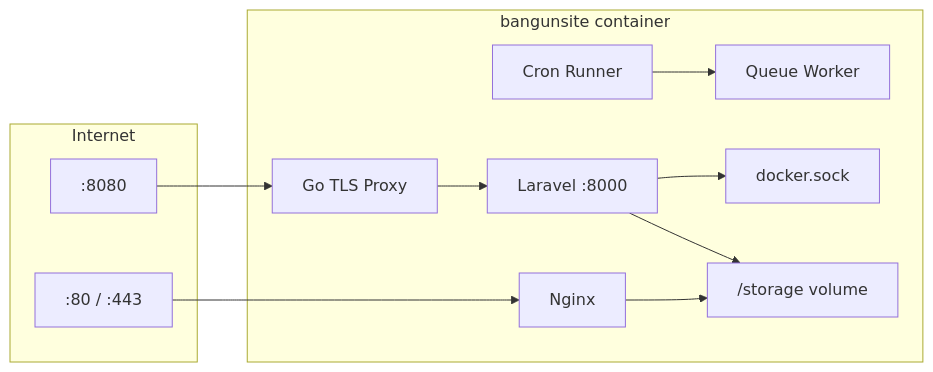
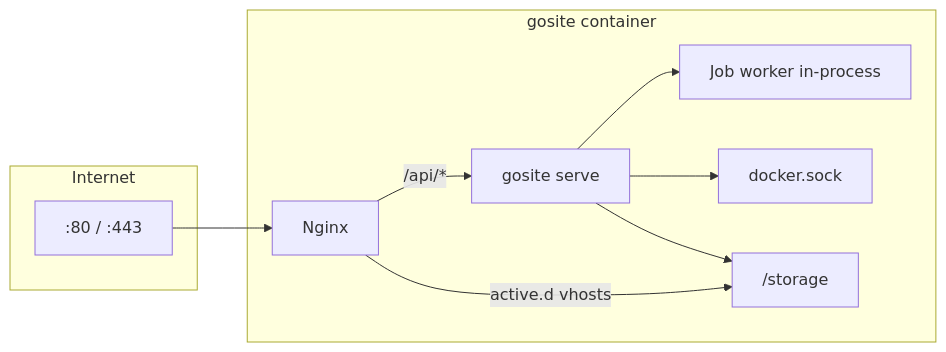
Before and after one commit to jahrulnr/GoSite: the diagram in docs/architecture.md, drawn with Mermaid. The commit also changed other lines of this file and 107 other files, not shown here.

````diff
--- a/docs/architecture.md
+++ b/docs/architecture.md
@@ -14,24 +14,21 @@
 ```mermaid
 flowchart LR
     subgraph Internet
         P80[":80 / :443"]
-        P8080[":8080"]
     end
 
-    subgraph Container["bangunsite container"]
+    subgraph Container["gosite container"]
         NGX[Nginx]
-        GO[Go TLS Proxy]
-        LRV[Laravel :8000]
-        CRON[Cron Runner]
-        QW[Queue Worker]
+        APP[gosite serve]
+        WORKER[Job worker in-process]
         SOCK[docker.sock]
-        STG["/storage volume"]
+        STG["/storage"]
     end
 
     P80 --> NGX
-    P8080 --> GO --> LRV
-    LRV --> STG
-    NGX --> STG
-    LRV --> SOCK
-    CRON --> QW
+    NGX -->|"/api/*"| APP
+    NGX -->|active.d vhosts| STG
+    APP --> STG
+    APP --> WORKER
+    APP --> SOCK
 ```
````
